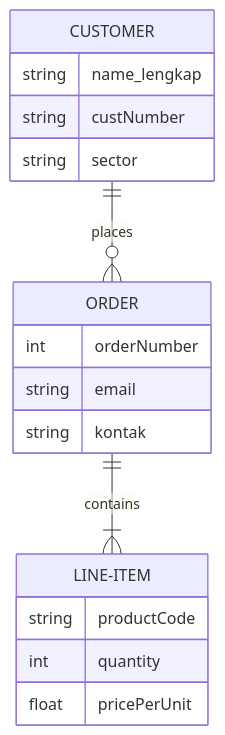
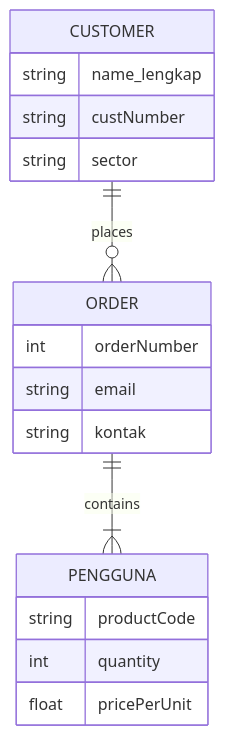
Before and after one commit to Hasbi2104/tugas-uts: the first of 2 diagrams in Curriculum Vitae Job.md, drawn with Mermaid.

Commit message:
Update Curriculum Vitae Job.md

````diff
--- a/Curriculum Vitae Job.md
+++ b/Curriculum Vitae Job.md
@@ -45,20 +45,20 @@
 ```mermaid
 erDiagram
     CUSTOMER ||--o{ ORDER : places
     CUSTOMER {
         string name_lengkap
         string custNumber
         string sector
     }
-    ORDER ||--|{ LINE-ITEM : contains
+    ORDER ||--|{ PENGGUNA : contains
     ORDER {
         int orderNumber
         string email
         string kontak
     }
-    LINE-ITEM {
+    PENGGUNA {
         string productCode
         int quantity
         float pricePerUnit
     }
 ```
````
